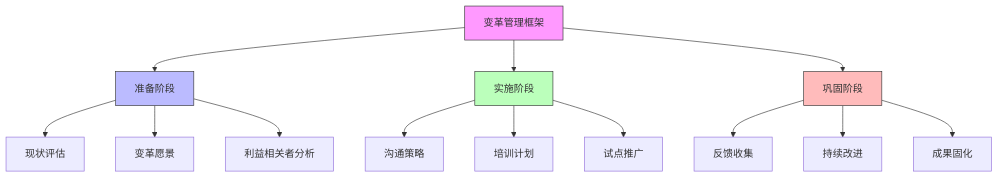
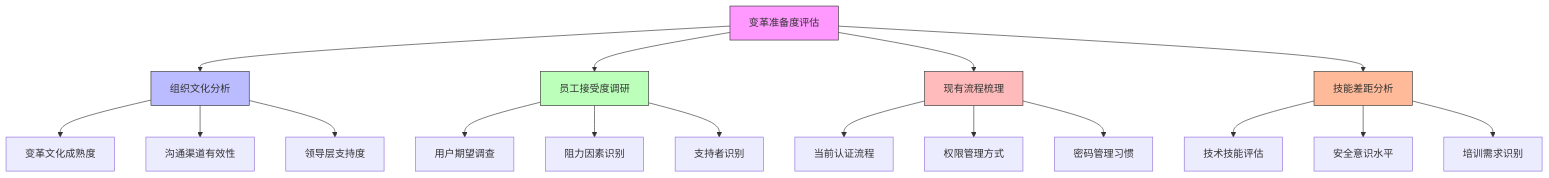
One commit to houbb/blog-plateform-design changed the diagram in src/posts/user-privilege/11-3-user-education-change-management.md. Above: the diagram before and after it, drawn with Mermaid. The commit also changed other lines of this file and 28 other files, not shown here.

````diff
--- a/src/posts/user-privilege/11-3-user-education-change-management.md
+++ b/src/posts/user-privilege/11-3-user-education-change-management.md
@@ -19,23 +21,29 @@
 ```mermaid
 graph TD
-    A[变革管理框架] --> B[准备阶段]
-    A --> C[实施阶段]
-    A --> D[巩固阶段]
+    A[变革准备度评估] --> B[组织文化分析]
+    A --> C[员工接受度调研]
+    A --> D[现有流程梳理]
+    A --> E[技能差距分析]
     
-    B --> B1[现状评估]
-    B --> B2[变革愿景]
-    B --> B3[利益相关者分析]
+    B --> B1[变革文化成熟度]
+    B --> B2[沟通渠道有效性]
+    B --> B3[领导层支持度]
     
-    C --> C1[沟通策略]
-    C --> C2[培训计划]
-    C --> C3[试点推广]
+    C --> C1[用户期望调查]
+    C --> C2[阻力因素识别]
+    C --> C3[支持者识别]
     
-    D --> D1[反馈收集]
-    D --> D2[持续改进]
-    D --> D3[成果固化]
+    D --> D1[当前认证流程]
+    D --> D2[权限管理方式]
+    D --> D3[密码管理习惯]
+    
+    E --> E1[技术技能评估]
+    E --> E2[安全意识水平]
+    E --> E3[培训需求识别]
     
     style A fill:#f9f,stroke:#333
     style B fill:#bbf,stroke:#333
     style C fill:#bfb,stroke:#333
     style D fill:#fbb,stroke:#333
+    style E fill:#fb9,stroke:#333
 ```
````
